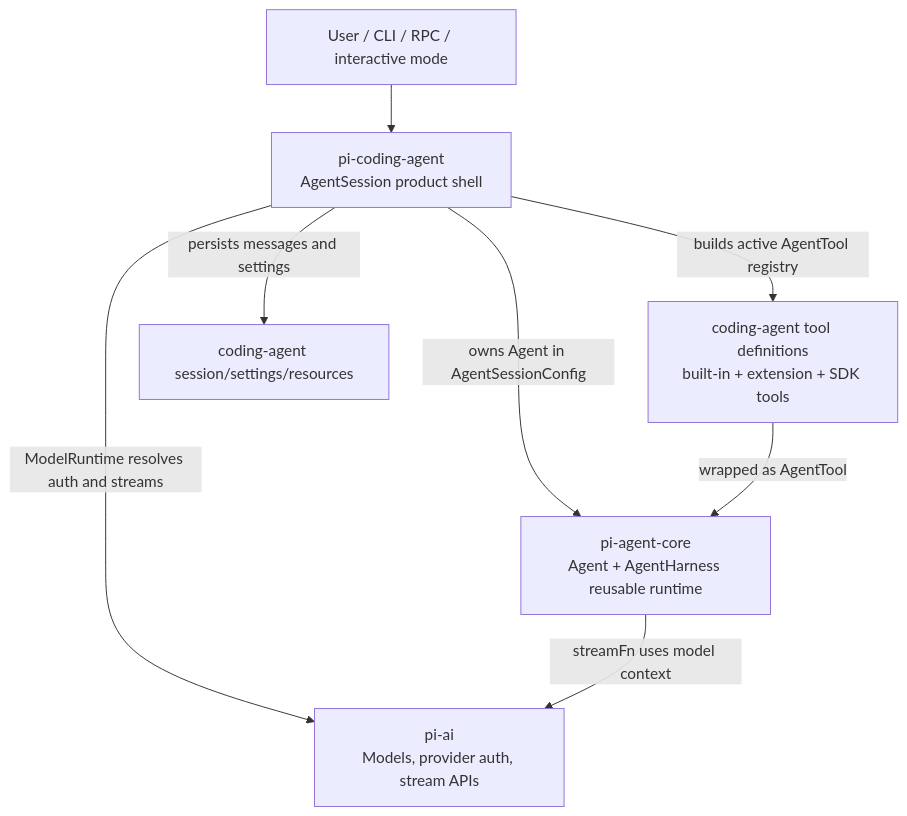
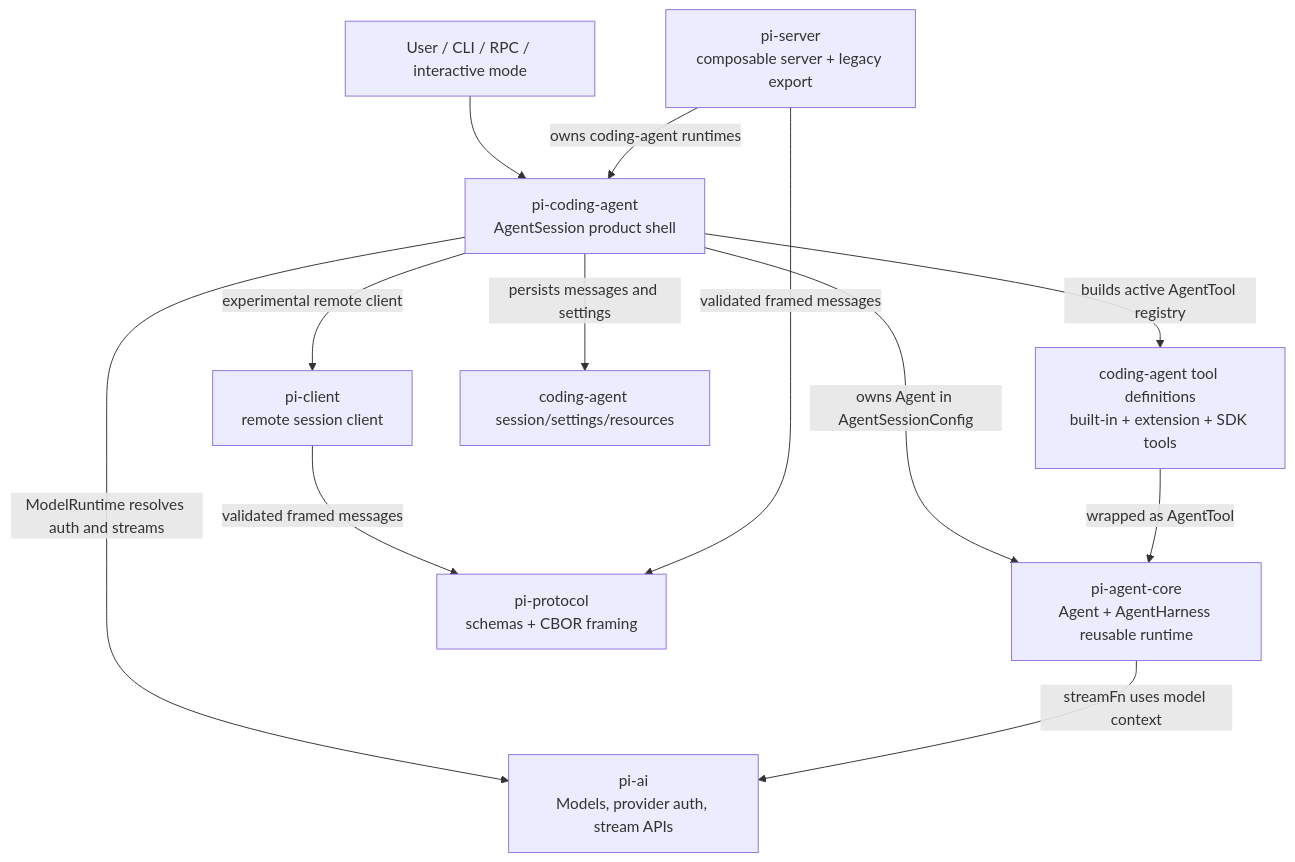
The diagram in docs/llm-wiki/pi/spine/layered-architecture.md (wdnmdtonyma/SOTA-Agent-LLM-Wiki), drawn with Mermaid before and after one commit. The commit also changed other lines of this file and 212 other files, not shown here.

````diff
--- a/docs/llm-wiki/pi/spine/layered-architecture.md
+++ b/docs/llm-wiki/pi/spine/layered-architecture.md
@@ -19,17 +19,24 @@
 ```mermaid
 flowchart TD
   User["User / CLI / RPC / interactive mode"]
   Coding["pi-coding-agent<br/>AgentSession product shell"]
   Core["pi-agent-core<br/>Agent + AgentHarness reusable runtime"]
   AI["pi-ai<br/>Models, provider auth, stream APIs"]
+  Protocol["pi-protocol<br/>schemas + CBOR framing"]
+  Client["pi-client<br/>remote session client"]
+  Server["pi-server<br/>composable server + legacy export"]
   Tools["coding-agent tool definitions<br/>built-in + extension + SDK tools"]
   Sessions["coding-agent session/settings/resources"]
 
   User --> Coding
   Coding -->|owns Agent in AgentSessionConfig| Core
   Coding -->|ModelRuntime resolves auth and streams| AI
   Coding -->|builds active AgentTool registry| Tools
   Coding -->|persists messages and settings| Sessions
   Core -->|streamFn uses model context| AI
   Tools -->|wrapped as AgentTool| Core
+  Coding -->|experimental remote client| Client
+  Client -->|validated framed messages| Protocol
+  Server -->|validated framed messages| Protocol
+  Server -->|owns coding-agent runtimes| Coding
 ```
````
